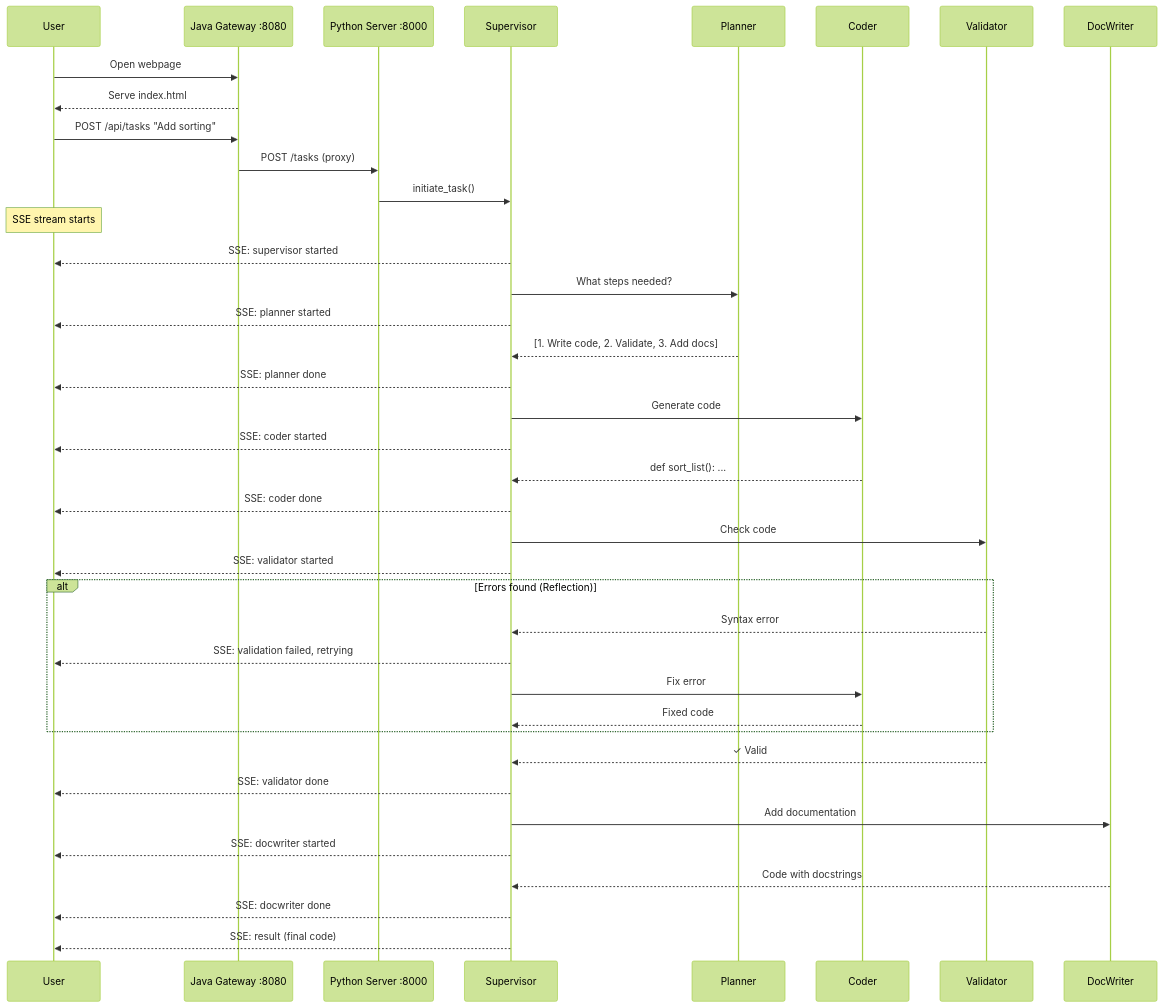
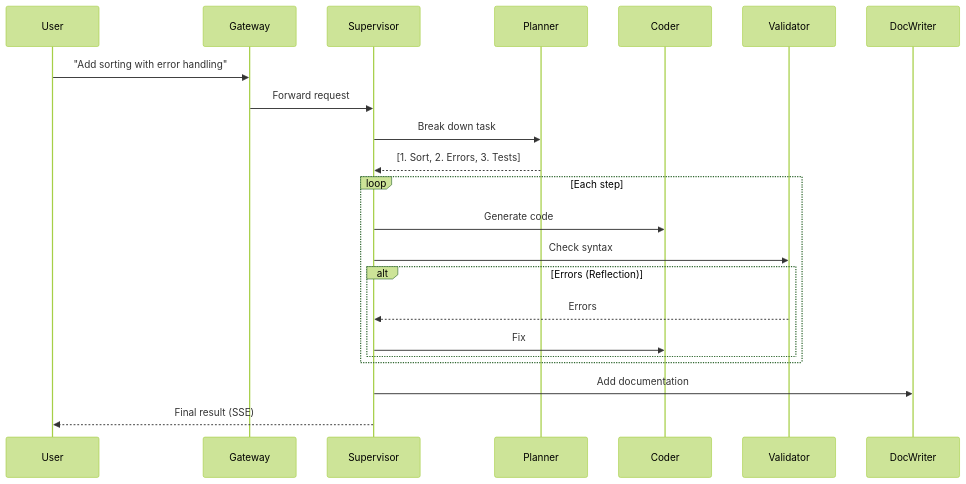
Before and after one commit to aregmii/langgraph-agentic-dev-starter: the third of 3 diagrams in README.md, drawn with Mermaid (forest theme). The commit also changed other lines of this file and 1 other file, not shown here.

Commit message:
docs: Update README and CLAUDE.md with sequence diagrams

````diff
--- a/README.md
+++ b/README.md
@@ -28,53 +78,28 @@
 ```mermaid
 sequenceDiagram
     participant User
-    participant Java as Java Gateway :8080
-    participant Python as Python Server :8000
+    participant Gateway
     participant Supervisor
     participant Planner
     participant Coder
     participant Validator
     participant DocWriter
 
-    User->>Java: Open webpage
-    Java-->>User: Serve index.html
+    User->>Gateway: "Add sorting with error handling"
+    Gateway->>Supervisor: Forward request
 
-    User->>Java: POST /api/tasks "Add sorting"
-    Java->>Python: POST /tasks (proxy)
+    Supervisor->>Planner: Break down task
+    Planner-->>Supervisor: [1. Sort, 2. Errors, 3. Tests]
 
-    Python->>Supervisor: initiate_task()
-
-    Note over User: SSE stream starts
-
-    Supervisor-->>User: SSE: supervisor started
-
-    Supervisor->>Planner: What steps needed?
-    Supervisor-->>User: SSE: planner started
-    Planner-->>Supervisor: [1. Write code, 2. Validate, 3. Add docs]
-    Supervisor-->>User: SSE: planner done
-
-    Supervisor->>Coder: Generate code
-    Supervisor-->>User: SSE: coder started
-    Coder-->>Supervisor: def sort_list(): ...
-    Supervisor-->>User: SSE: coder done
-
-    Supervisor->>Validator: Check code
-    Supervisor-->>User: SSE: validator started
-
-    alt Errors found (Reflection)
-        Validator-->>Supervisor: Syntax error
-        Supervisor-->>User: SSE: validation failed, retrying
-        Supervisor->>Coder: Fix error
-        Coder-->>Supervisor: Fixed code
+    loop Each step
+        Supervisor->>Coder: Generate code
+        Supervisor->>Validator: Check syntax
+        alt Errors (Reflection)
+            Validator-->>Supervisor: Errors
+            Supervisor->>Coder: Fix
+        end
     end
 
-    Validator-->>Supervisor: ✓ Valid
-    Supervisor-->>User: SSE: validator done
-
     Supervisor->>DocWriter: Add documentation
-    Supervisor-->>User: SSE: docwriter started
-    DocWriter-->>Supervisor: Code with docstrings
-    Supervisor-->>User: SSE: docwriter done
-
-    Supervisor-->>User: SSE: result (final code)
+    Supervisor-->>User: Final result (SSE)
 ```
````
